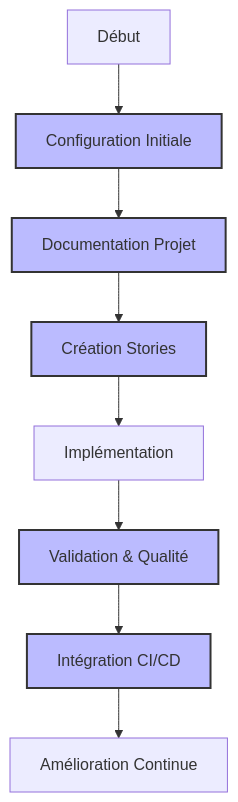
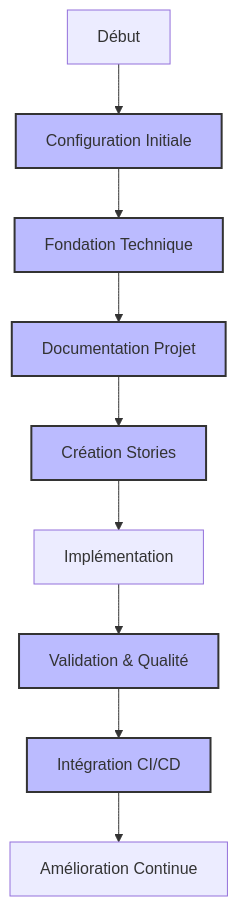
One commit to giak/cursor-auto-rules-agile-workflow changed the diagram in docs/index.md. Above: the diagram before and after it, drawn with Mermaid. The commit also changed other lines of this file and 7 other files, not shown here.

````diff
--- a/docs/index.md
+++ b/docs/index.md
@@ -7,16 +7,18 @@
 ```mermaid
 flowchart TD
     A[Début] --> B[Configuration Initiale]
-    B --> C[Documentation Projet]
+    B --> BP[Fondation Technique]
+    BP --> C[Documentation Projet]
     C --> D[Création Stories]
     D --> E[Implémentation]
     E --> F[Validation & Qualité]
     F --> G[Intégration CI/CD]
     G --> H[Amélioration Continue]
 
     style B fill:#bbf,stroke:#333,stroke-width:2px
+    style BP fill:#bbf,stroke:#333,stroke-width:2px
     style C fill:#bbf,stroke:#333,stroke-width:2px
     style D fill:#bbf,stroke:#333,stroke-width:2px
     style F fill:#bbf,stroke:#333,stroke-width:2px
     style G fill:#bbf,stroke:#333,stroke-width:2px
 ```
````
